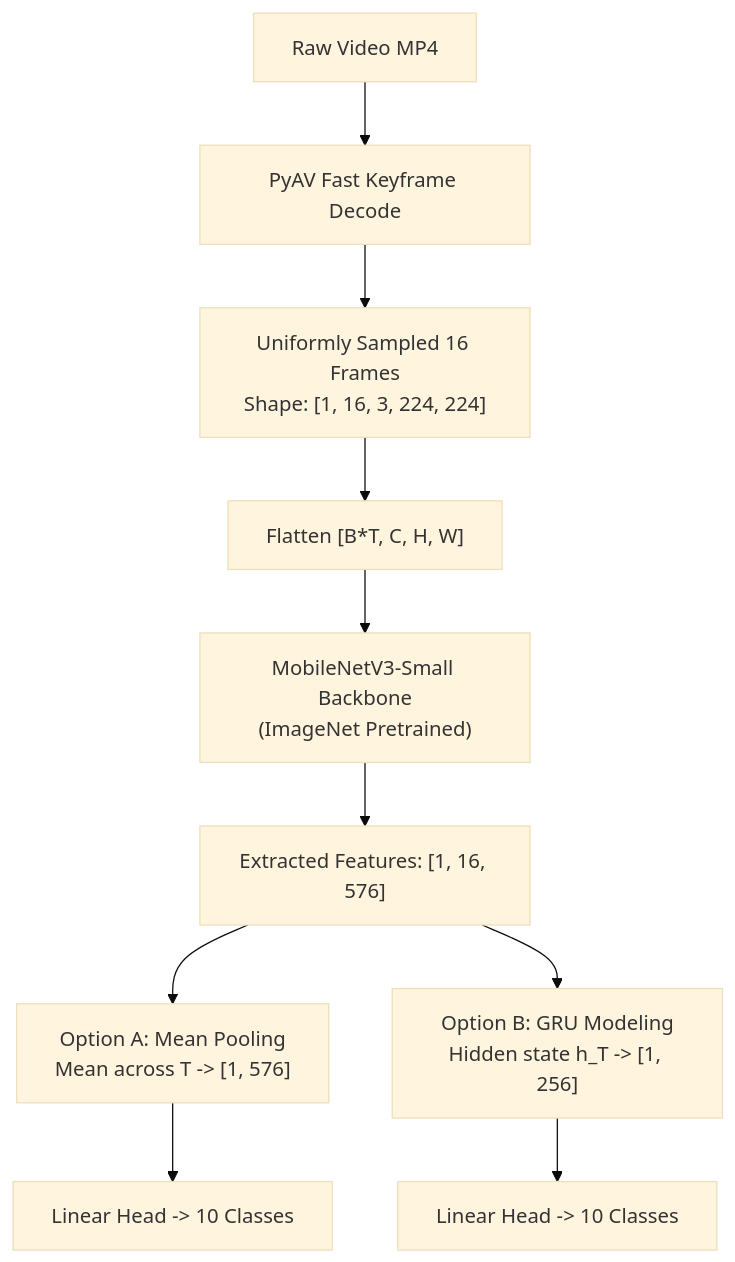
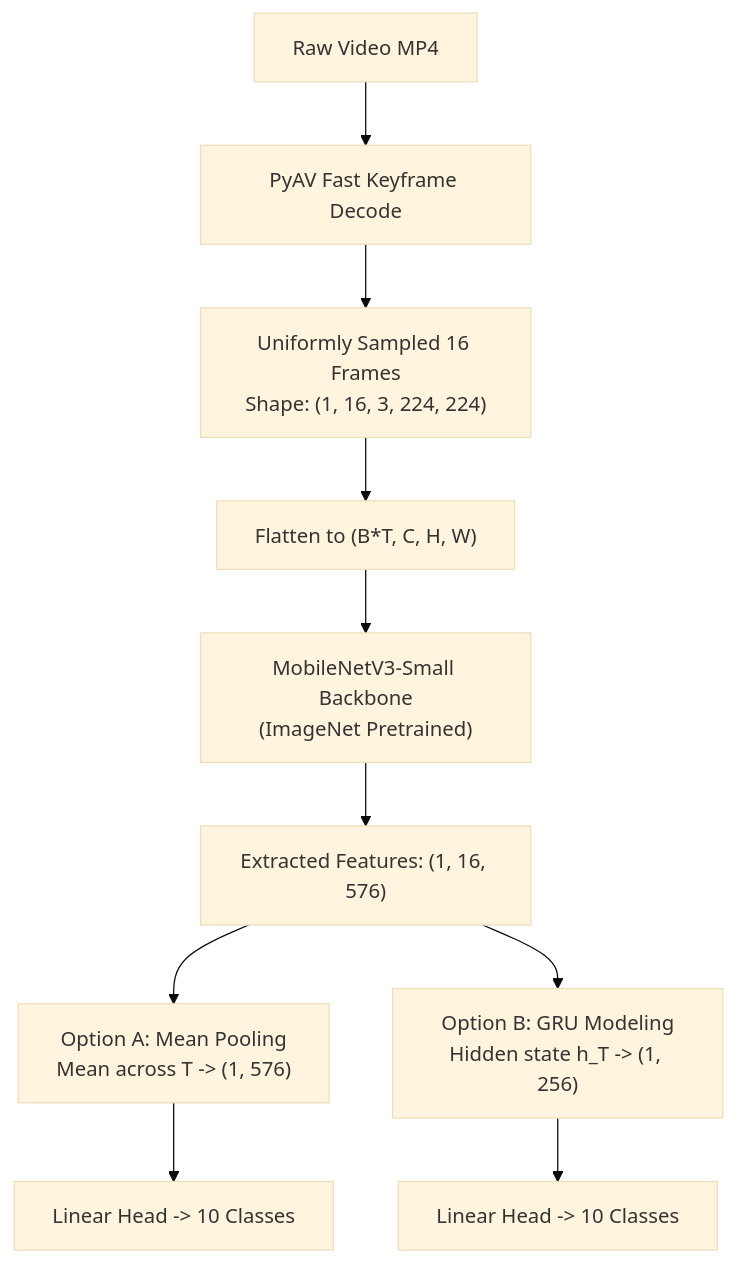
The fourth of 4 diagrams in video-understanding-lab/docs/01_video_io_and_late_fusion.md (ghif/IF5152), drawn with Mermaid (base theme) before and after one commit. The commit also changed other lines of this file, not shown here.

Commit message:
Fix Mermaid diagram syntax in section 2.6 and section 3

````diff
--- a/video-understanding-lab/docs/01_video_io_and_late_fusion.md
+++ b/video-understanding-lab/docs/01_video_io_and_late_fusion.md
@@ -181,12 +181,12 @@
 ```mermaid
 flowchart TD
     V["Raw Video MP4"] --> D["PyAV Fast Keyframe Decode"]
-    D --> S["Uniformly Sampled 16 Frames<br/>Shape: [1, 16, 3, 224, 224]"]
-    S --> F["Flatten [B*T, C, H, W]"]
+    D --> S["Uniformly Sampled 16 Frames<br/>Shape: (1, 16, 3, 224, 224)"]
+    S --> F["Flatten to (B*T, C, H, W)"]
     F --> B["MobileNetV3-Small Backbone<br/>(ImageNet Pretrained)"]
-    B --> E["Extracted Features: [1, 16, 576]"]
-    E --> M1["Option A: Mean Pooling<br/>Mean across T -> [1, 576]"]
-    E --> M2["Option B: GRU Modeling<br/>Hidden state h_T -> [1, 256]"]
+    B --> E["Extracted Features: (1, 16, 576)"]
+    E --> M1["Option A: Mean Pooling<br/>Mean across T -> (1, 576)"]
+    E --> M2["Option B: GRU Modeling<br/>Hidden state h_T -> (1, 256)"]
     M1 --> C1["Linear Head -> 10 Classes"]
     M2 --> C2["Linear Head -> 10 Classes"]
 ```
````
